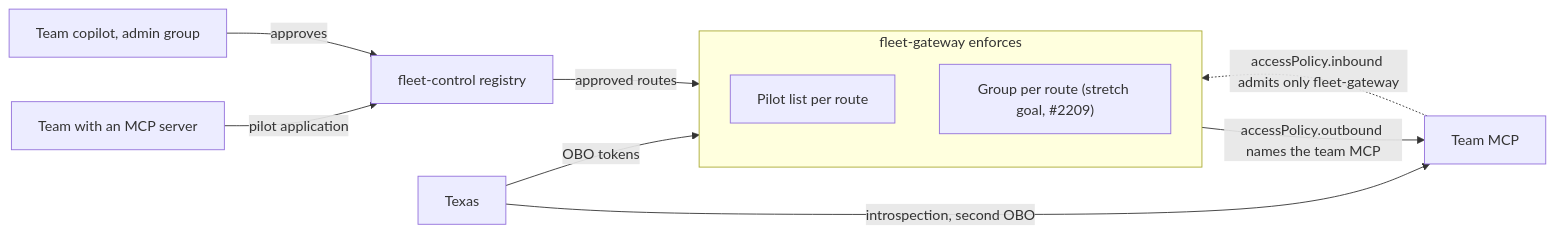
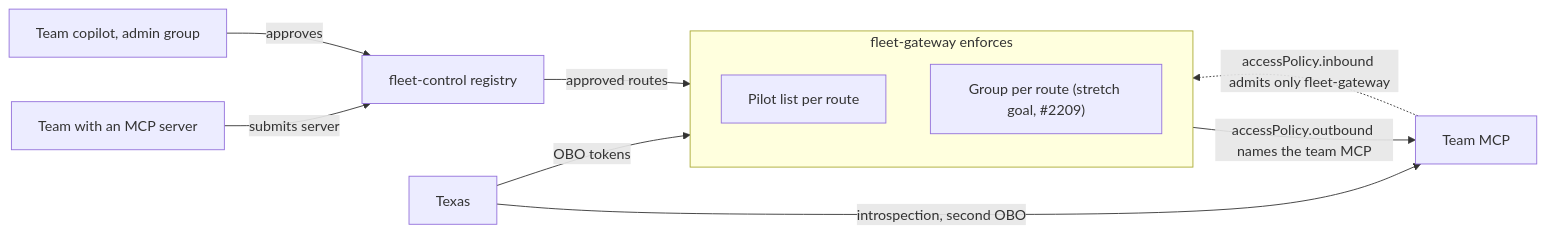
Before and after one commit to navikt/copilot: the second of 2 diagrams in docs/mcp-gateway-plan.md, drawn with Mermaid. The commit also changed other lines of this file, not shown here.

Commit message:
docs(mcp-gateway): link pilot template, fix flowchart label

````diff
--- a/docs/mcp-gateway-plan.md
+++ b/docs/mcp-gateway-plan.md
@@ -146,14 +146,14 @@
 ```mermaid
 flowchart LR
-    Team[Team with an MCP server] -->|pilot application| FC[fleet-control registry]
+    Team[Team with an MCP server] -->|submits server| FC[fleet-control registry]
     Copilot[Team copilot, admin group] -->|approves| FC
     FC -->|approved routes| GW
     subgraph GW[fleet-gateway enforces]
         PL[Pilot list per route]
         GR["Group per route (stretch goal, #2209)"]
     end
     GW -->|"accessPolicy.outbound names the team MCP"| MCP[Team MCP]
     MCP -.->|"accessPolicy.inbound admits only fleet-gateway"| GW
     Texas[Texas] -->|OBO tokens| GW
     Texas -->|introspection, second OBO| MCP
 ```
````
